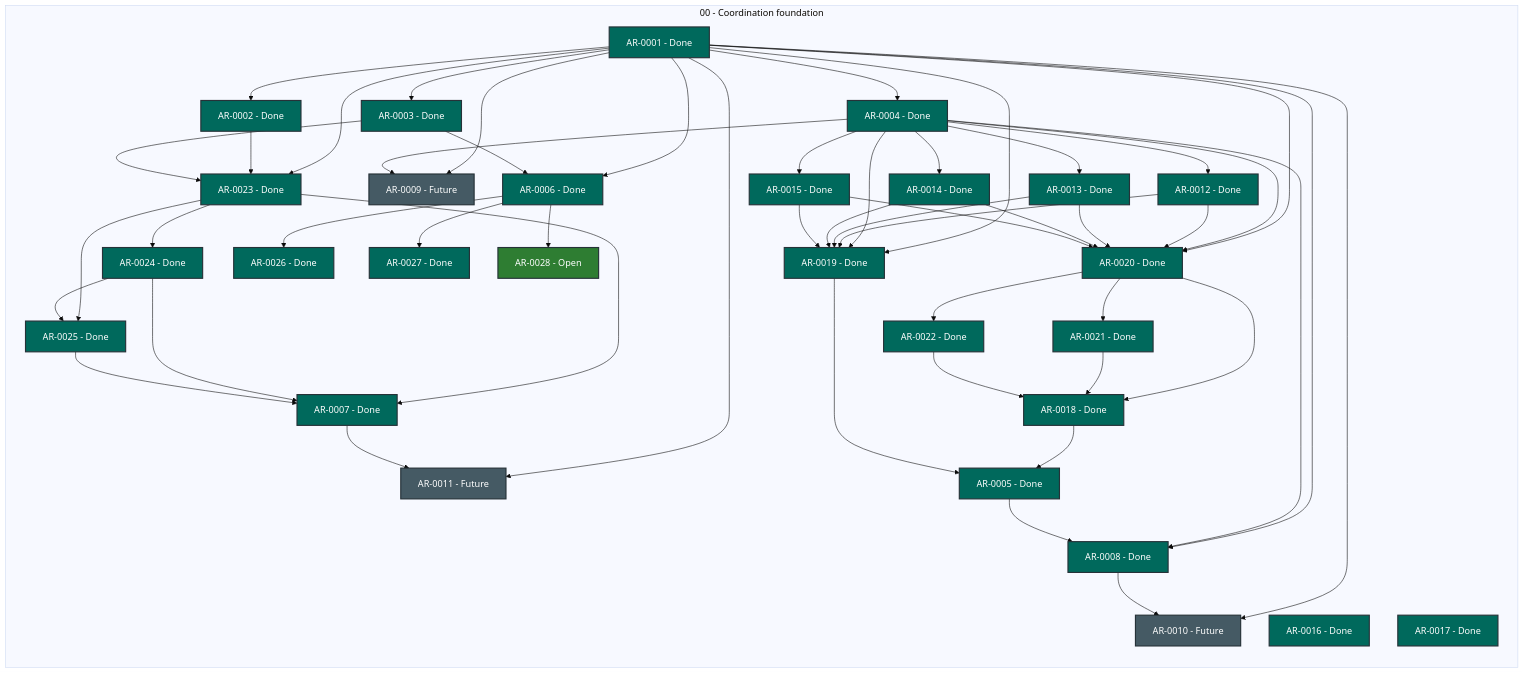
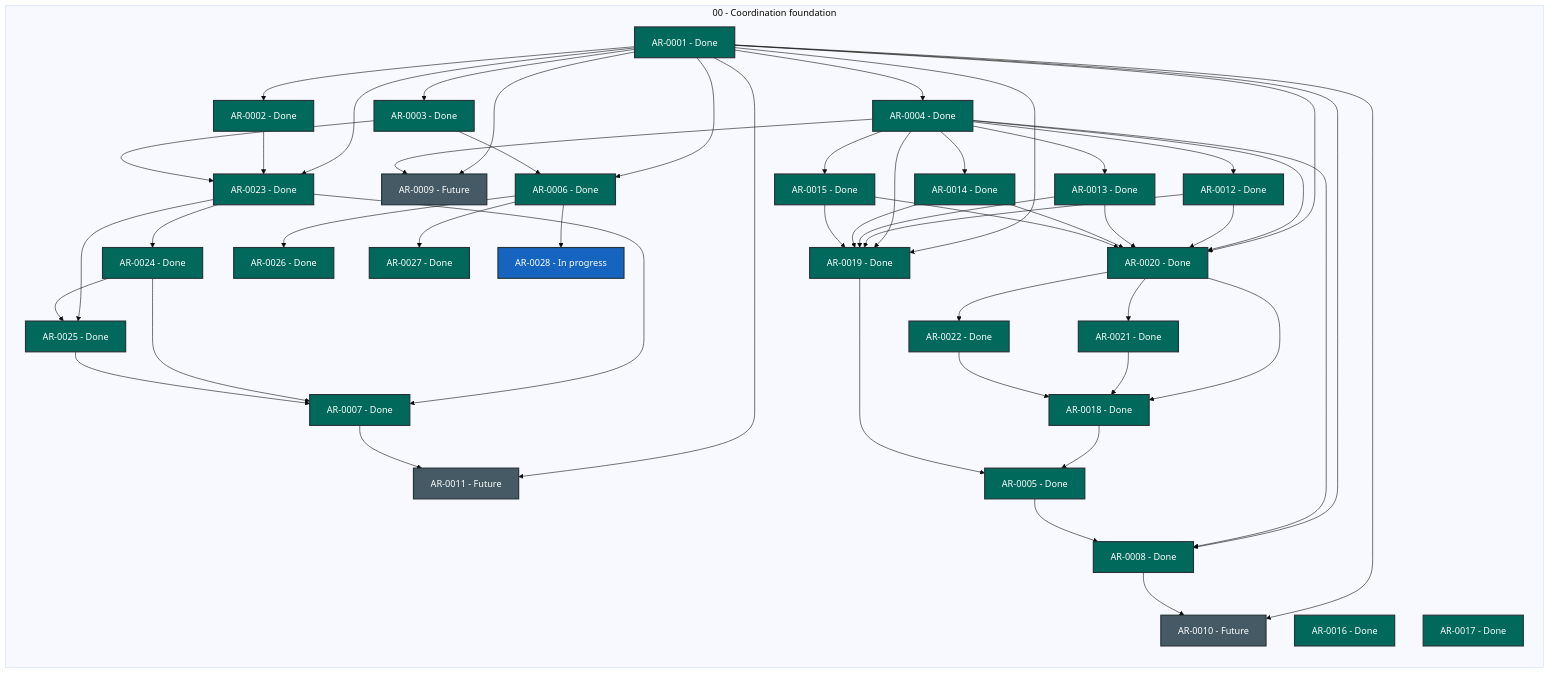
One commit to martin-beck/agent-workflow-quality-state changed the diagram in STATUS.md. Above: the diagram before and after it, drawn with Mermaid (base theme). The commit also changed other lines of this file and 2 other files, not shown here.

```diff
--- a/STATUS.md
+++ b/STATUS.md
@@ -55,7 +55,7 @@
         AR_0025["AR-0025 - Done"]:::status_done
         AR_0026["AR-0026 - Done"]:::status_done
         AR_0027["AR-0027 - Done"]:::status_done
-        AR_0028["AR-0028 - Open"]:::status_open
+        AR_0028["AR-0028 - In progress"]:::status_in_progress
     end
     AR_0001 --> AR_0002
     AR_0001 --> AR_0003
```
